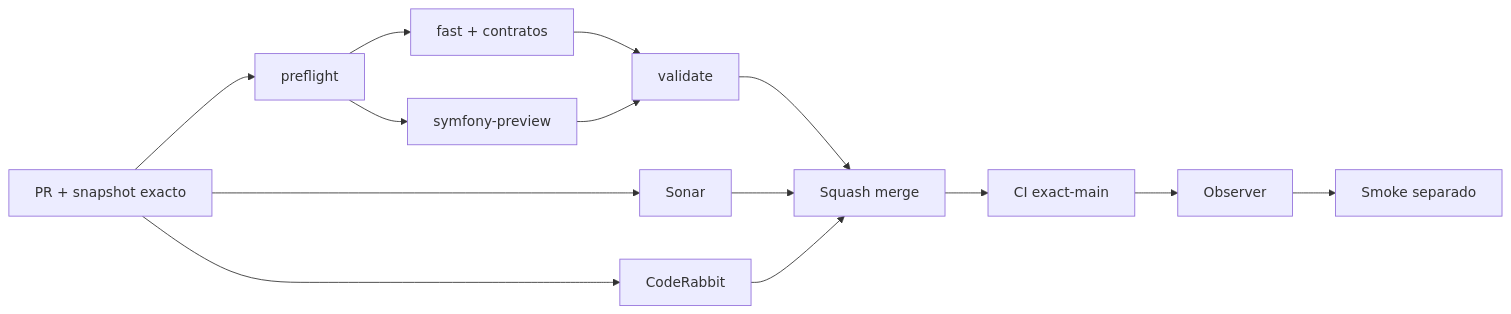
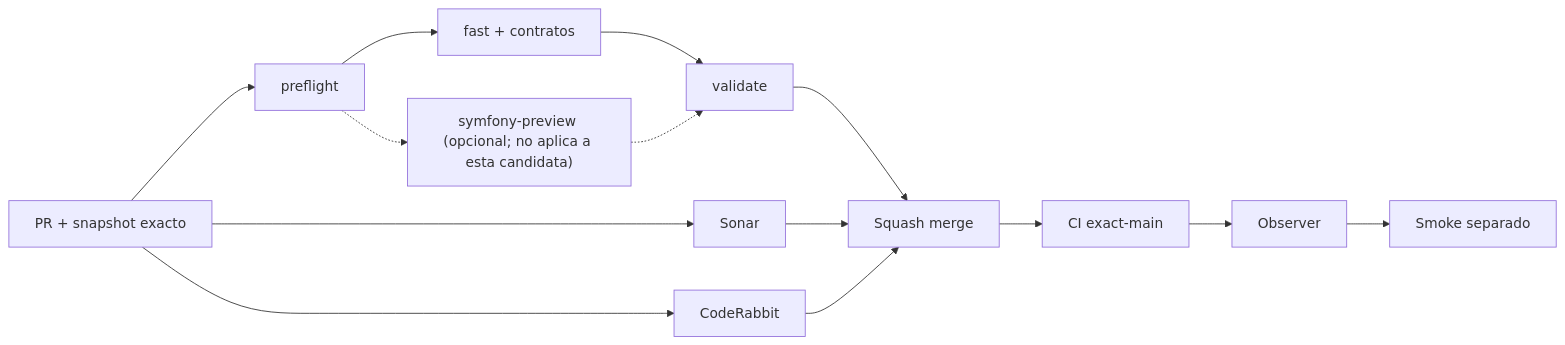
Before and after one commit to pl0n3r/GrindFlow: the diagram in README.md, drawn with Mermaid. The commit also changed other lines of this file and 3 other files, not shown here.

````diff
--- a/README.md
+++ b/README.md
@@ -48,16 +48,16 @@
 ```mermaid
 flowchart LR
  A["PR + snapshot exacto"] --> P["preflight"]
  P --> F["fast + contratos"]
- P --> S2["symfony-preview"]
+ P -.-> S2["symfony-preview (opcional; no aplica a esta candidata)"]
  F --> V["validate"]
- S2 --> V
+ S2 -.-> V
  A --> S["Sonar"]
  A --> C["CodeRabbit"]
  V --> M["Squash merge"]
  S --> M
  C --> M
  M --> X["CI exact-main"]
  X --> O["Observer"]
  O --> T["Smoke separado"]
 ```
````
